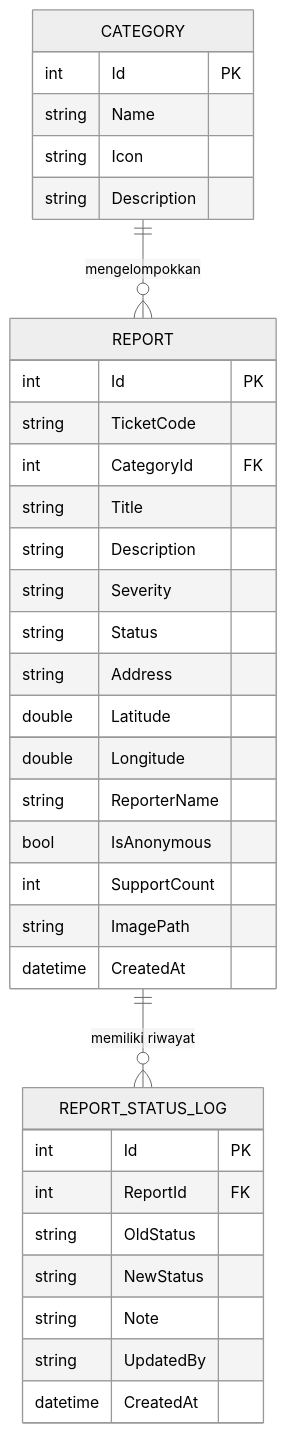
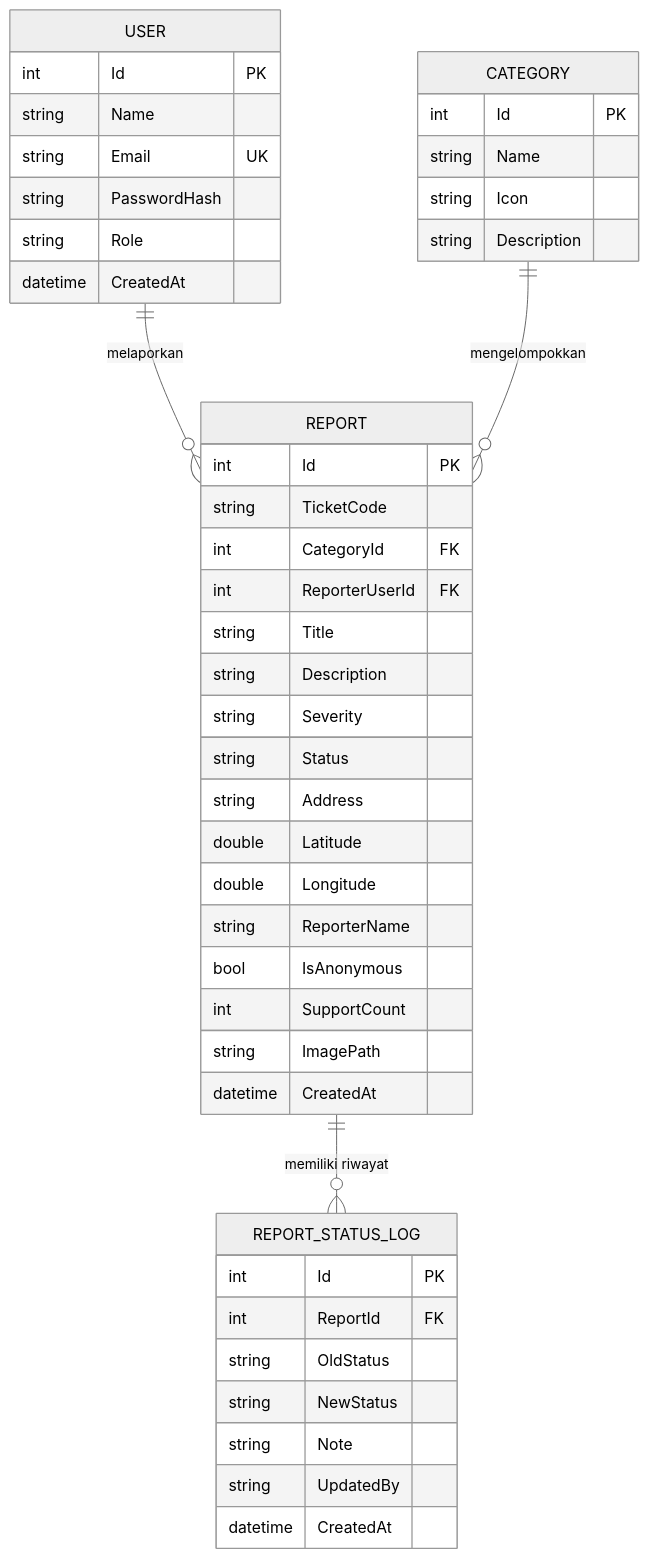
The diagram in AksesKita/README.md (HaritsRambang/PBKK_D), drawn with Mermaid (neutral theme) before and after one commit. The commit also changed other lines of this file and 6 other files, not shown here.

````diff
--- a/AksesKita/README.md
+++ b/AksesKita/README.md
@@ -214,38 +229,49 @@
 ```mermaid
 erDiagram
+    USER ||--o{ REPORT : "melaporkan"
     CATEGORY ||--o{ REPORT : "mengelompokkan"
     REPORT ||--o{ REPORT_STATUS_LOG : "memiliki riwayat"
+
+    USER {
+        int Id PK
+        string Name
+        string Email UK
+        string PasswordHash
+        string Role
+        datetime CreatedAt
+    }
 
     CATEGORY {
         int Id PK
         string Name
         string Icon
         string Description
     }
     REPORT {
         int Id PK
         string TicketCode
         int CategoryId FK
+        int ReporterUserId FK
         string Title
         string Description
         string Severity
         string Status
         string Address
         double Latitude
         double Longitude
         string ReporterName
         bool IsAnonymous
         int SupportCount
         string ImagePath
         datetime CreatedAt
     }
     REPORT_STATUS_LOG {
         int Id PK
         int ReportId FK
         string OldStatus
         string NewStatus
         string Note
         string UpdatedBy
         datetime CreatedAt
     }
 ```
````
